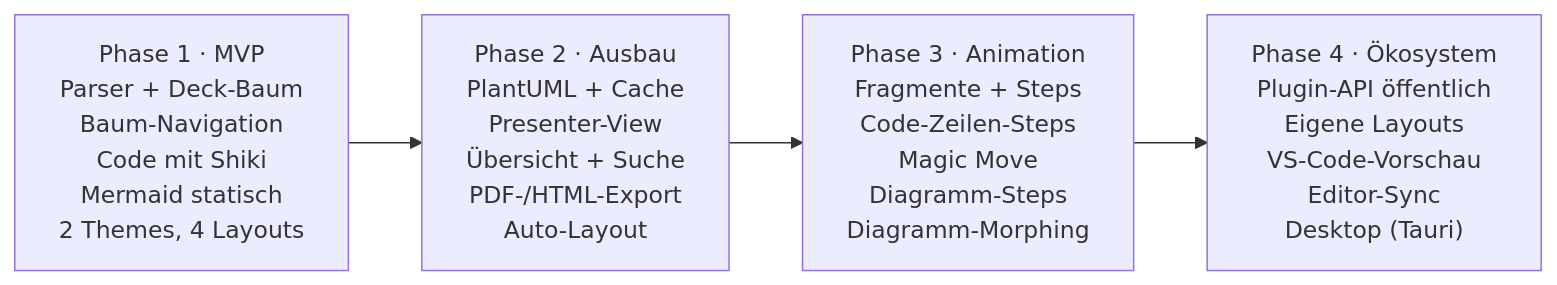
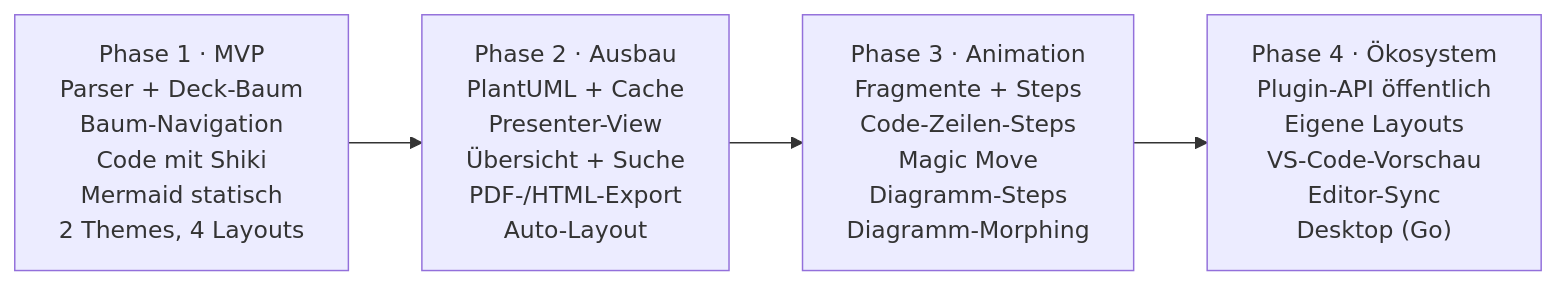
One commit to goerks/Hashmark changed the third of 3 diagrams in konzept-markdown-praesentations-app.md. Above: the diagram before and after it, drawn with Mermaid. The commit also changed other lines of this file and 27 other files, not shown here.

First line of the commit message:
Wechsel der Desktop-App von Tauri/Rust auf Go

````diff
--- a/konzept-markdown-praesentations-app.md
+++ b/konzept-markdown-praesentations-app.md
@@ -235,8 +235,8 @@
 ```mermaid
 flowchart LR
   p1["Phase 1 · MVP<br/>Parser + Deck-Baum<br/>Baum-Navigation<br/>Code mit Shiki<br/>Mermaid statisch<br/>2 Themes, 4 Layouts"]
   p2["Phase 2 · Ausbau<br/>PlantUML + Cache<br/>Presenter-View<br/>Übersicht + Suche<br/>PDF-/HTML-Export<br/>Auto-Layout"]
   p3["Phase 3 · Animation<br/>Fragmente + Steps<br/>Code-Zeilen-Steps<br/>Magic Move<br/>Diagramm-Steps<br/>Diagramm-Morphing"]
-  p4["Phase 4 · Ökosystem<br/>Plugin-API öffentlich<br/>Eigene Layouts<br/>VS-Code-Vorschau<br/>Editor-Sync<br/>Desktop (Tauri)"]
+  p4["Phase 4 · Ökosystem<br/>Plugin-API öffentlich<br/>Eigene Layouts<br/>VS-Code-Vorschau<br/>Editor-Sync<br/>Desktop (Go)"]
   p1 --> p2 --> p3 --> p4
 ```
````
